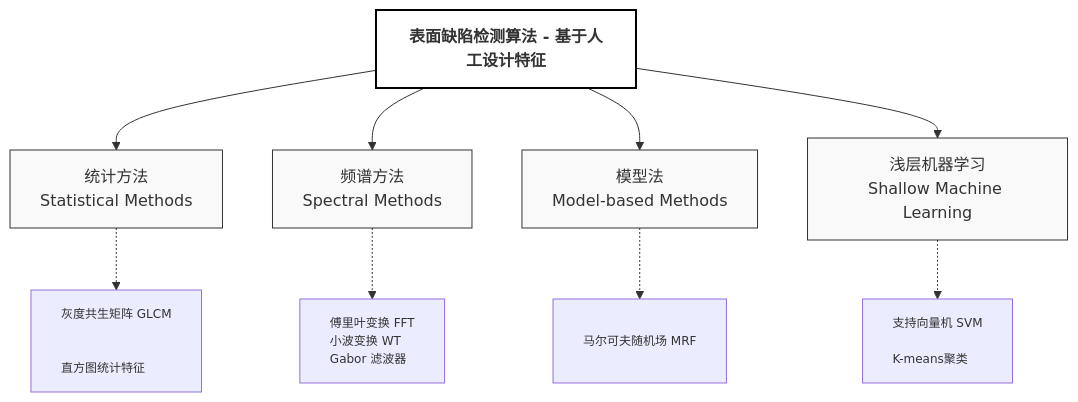
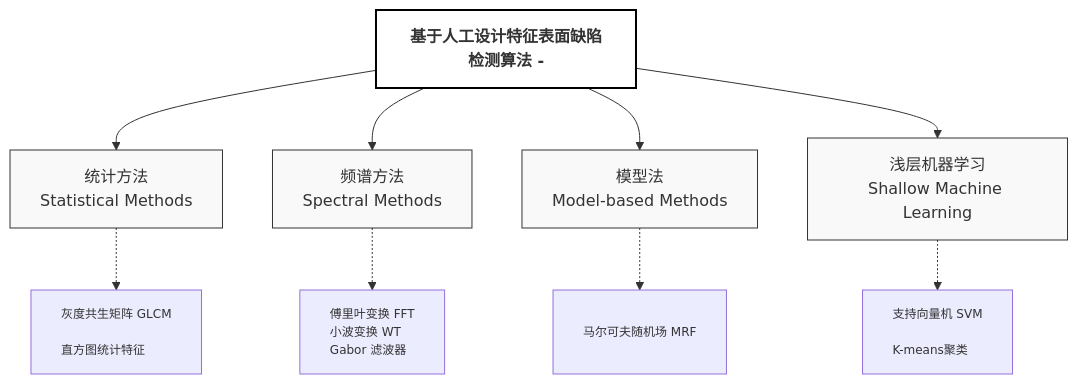
One commit to MAOSHENGsong/iodraw-files changed the diagram in all/未命名-1.md. Above: the diagram before and after it, drawn with Mermaid.

Commit message:
2026-03-17 18:44:38 update

````diff
--- a/all/未命名-1.md
+++ b/all/未命名-1.md
@@ -1,41 +1,41 @@
 ```mermaid
 graph TB
     %% 核心标题
-    Main[表面缺陷检测算法 - 基于人工设计特征] 
+    Main[基于人工设计特征表面缺陷检测算法 - ] 
     
     %% 第一层级：四大分支
     Statistical[统计方法<br/>Statistical Methods]
     Spectral[频谱方法<br/>Spectral Methods]
     Model[模型法<br/>Model-based Methods]
     Machine[浅层机器学习<br/>Shallow Machine Learning]
 
     %% 第二层级：典型算法
-    Sub_Stat[灰度共生矩阵 GLCM<br/><br/><br/>直方图统计特征]
+    Sub_Stat[灰度共生矩阵 GLCM<br/><br/>直方图统计特征]
     Sub_Spec[傅里叶变换 FFT<br/>小波变换 WT<br/>Gabor 滤波器]
     Sub_Mod[<br/>马尔可夫随机场 MRF<br/><br/>]
     Sub_Mach[支持向量机 SVM<br/><br/>K-means聚类<br/>]
 
     %% 建立连接
     Main --> Statistical
     Main --> Spectral
     Main --> Model
     Main --> Machine
 
     Statistical -.-> Sub_Stat
     Spectral -.-> Sub_Spec
     Model -.-> Sub_Mod
     Machine -.-> Sub_Mach
 
     %% 样式美化：论文通常使用白底黑字或淡色调
     style Main fill:#ffffff,stroke:#000,stroke-width:2px,font-weight:bold
     style Statistical fill:#f9f9f9,stroke:#333,stroke-width:1px
     style Spectral fill:#f9f9f9,stroke:#333,stroke-width:1px
     style Model fill:#f9f9f9,stroke:#333,stroke-width:1px
     style Machine fill:#f9f9f9,stroke:#333,stroke-width:1px
     
     %% 细化子项样式
     style Sub_Stat font-size:12px,text-align:left
     style Sub_Spec font-size:12px,text-align:left
     style Sub_Mod font-size:12px,text-align:left
     style Sub_Mach font-size:12px,text-align:left
 ```
````
